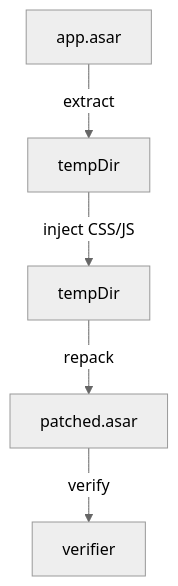
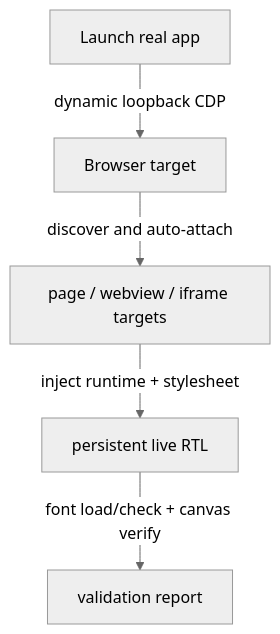
The diagram in desktop/DESIGN.md (shahinesi/chatgpt-persian-rtl), drawn with Mermaid (neutral theme) before and after one commit. The commit also changed other lines of this file and 42 other files, not shown here.

First line of the commit message:
feat(desktop): add persistent RTL runtime, live app attachment, and validated Vazirmatn font loading

````diff
--- a/desktop/DESIGN.md
+++ b/desktop/DESIGN.md
@@ -7,7 +7,7 @@
 ```mermaid
 flowchart TD
-    A[app.asar] -->|extract| B[tempDir]
-    B -->|inject CSS/JS| C[tempDir]
-    C -->|repack| D[patched.asar]
-    D -->|verify| E[verifier]
+    A[Launch real app] -->|dynamic loopback CDP| B[Browser target]
+    B -->|discover and auto-attach| C[page / webview / iframe targets]
+    C -->|inject runtime + stylesheet| D[persistent live RTL]
+    D -->|font load/check + canvas verify| E[validation report]
 ```
````
